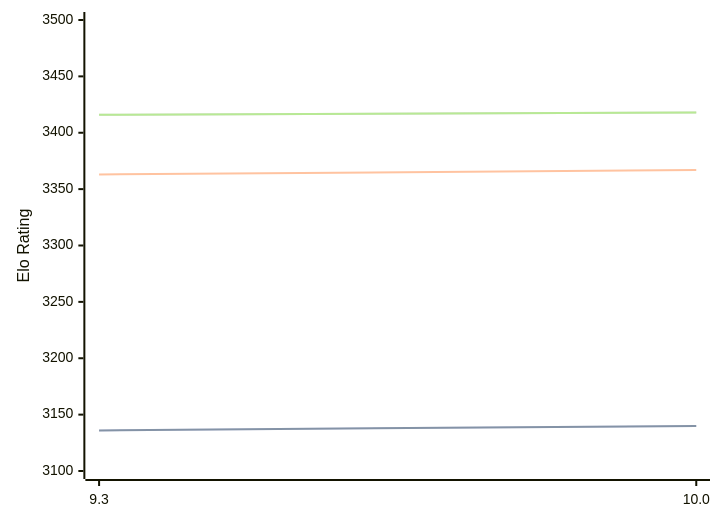
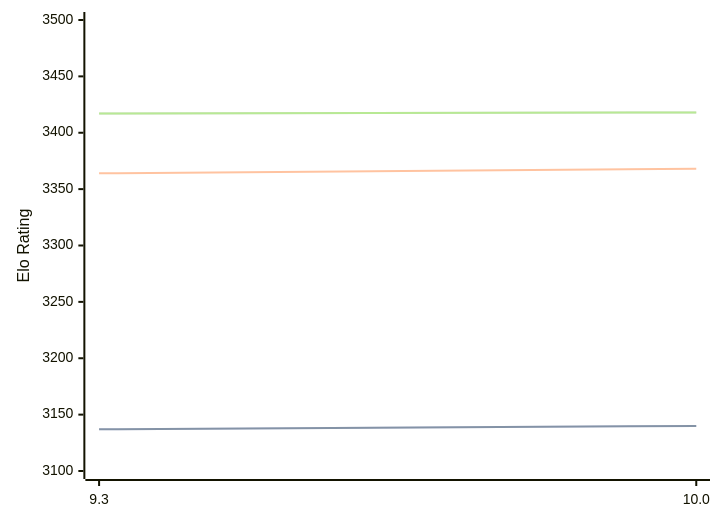
Before and after one commit to computer-chess-index/cci: the diagram in engines/Fire.md, drawn with Mermaid. The commit also changed other lines of this file, not shown here.

Commit message:
Update CCI Ratings (ELO VLTC) - 2026-07-31

````diff
--- a/engines/Fire.md
+++ b/engines/Fire.md
@@ -47,11 +47,11 @@
 ```mermaid
 %%{init: {"theme":"base","themeVariables":{"seriesColors:['#a3a3a3','#222221','#faa371']}}}%%
 xychart-beta
   x-axis ["9.3", "10.0"]
   y-axis "Elo Rating" 3100 --> 3500
-  line "STC (8.0+0.08s)" [3136, 3140]
-  line "STC (8.0+0.08s)" [3136, 3140]
-  line "LTC (60.0+0.60s)" [3363, 3367]
-  line "VLTC (2m24s+1.12s)" [3416, 3418]
-  line "VLTC (2m24s+1.12s)" [3416, 3418]
+  line "STC (8.0+0.08s)" [3137, 3140]
+  line "STC (8.0+0.08s)" [3137, 3140]
+  line "LTC (60.0+0.60s)" [3364, 3368]
+  line "VLTC (2m24s+1.12s)" [3417, 3418]
+  line "VLTC (2m24s+1.12s)" [3417, 3418]
 ```
````
